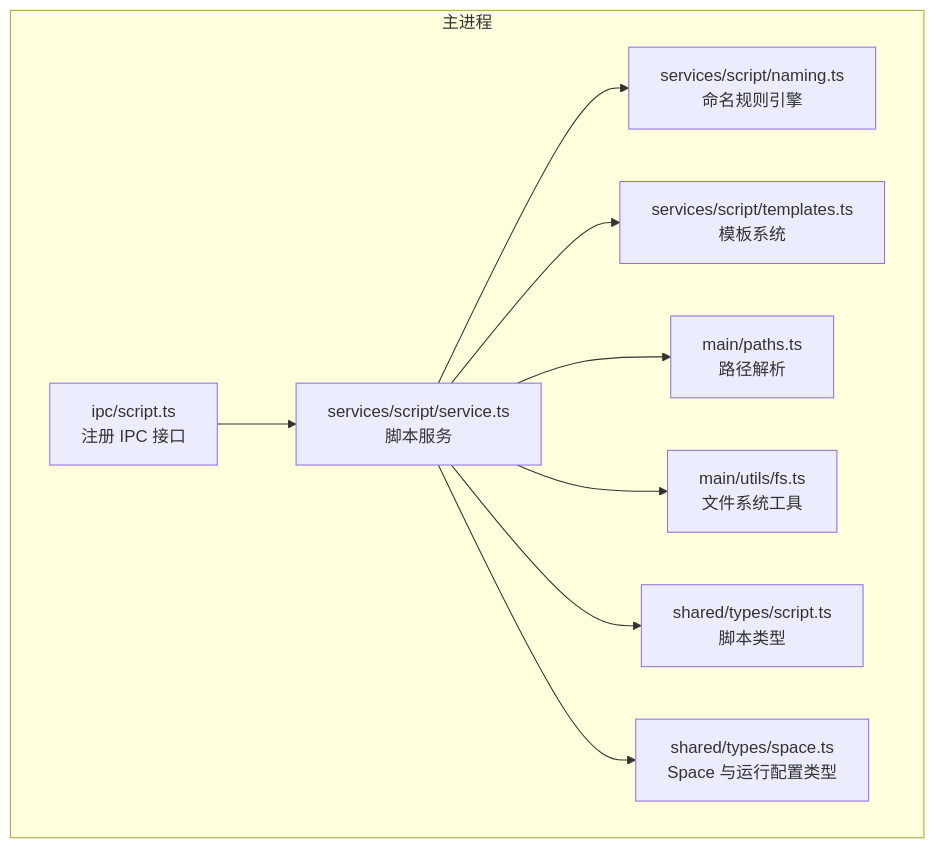
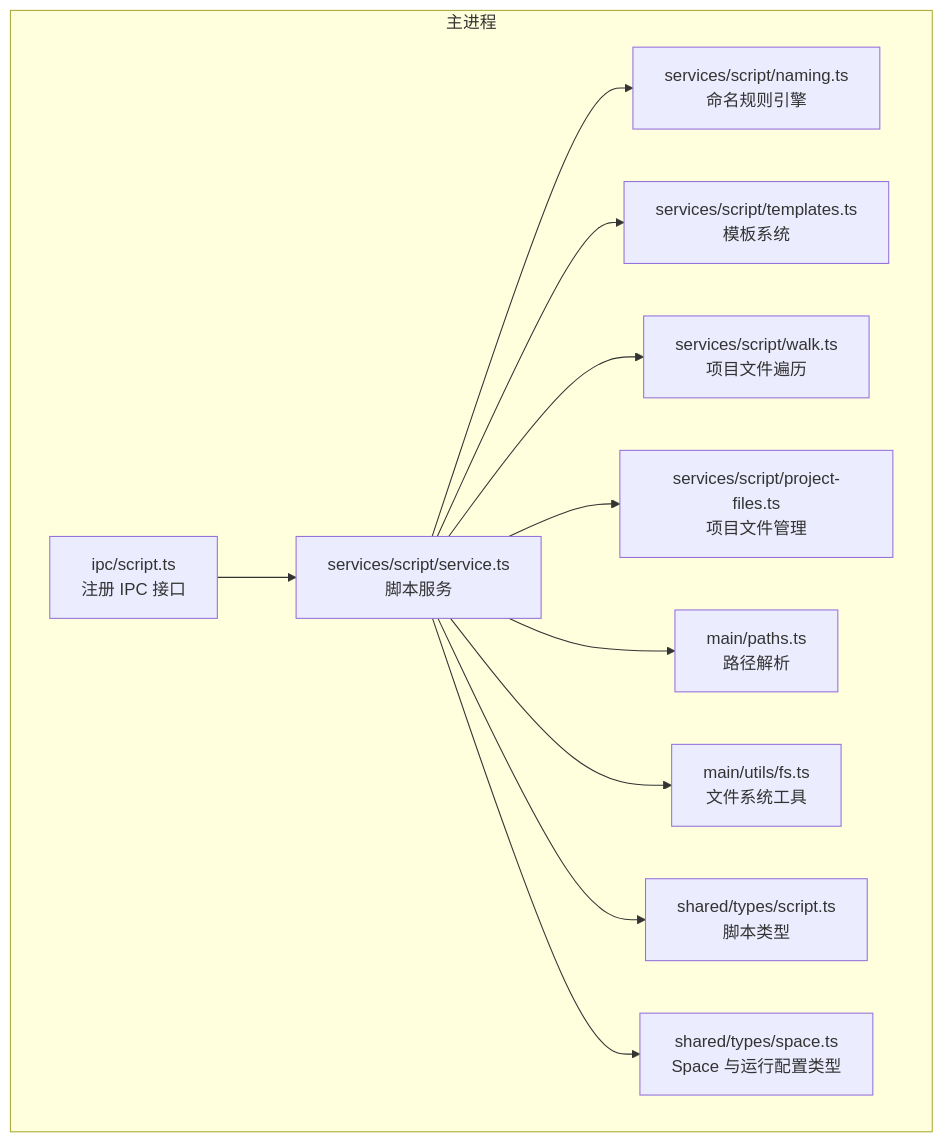
Before and after one commit to hozeeee/script-box: the first of 10 diagrams in .qoder/repowiki/zh/content/核心服务层/Script 服务（脚本管理）.md, drawn with Mermaid. The commit also changed other lines of this file and 76 other files, not shown here.

````diff
--- a/.qoder/repowiki/zh/content/核心服务层/Script 服务（脚本管理）.md
+++ b/.qoder/repowiki/zh/content/核心服务层/Script 服务（脚本管理）.md
@@ -45,12 +56,14 @@
 ```mermaid
 graph TB
 subgraph "主进程"
 A["ipc/script.ts<br/>注册 IPC 接口"] --> B["services/script/service.ts<br/>脚本服务"]
 B --> C["services/script/naming.ts<br/>命名规则引擎"]
 B --> D["services/script/templates.ts<br/>模板系统"]
-B --> E["main/paths.ts<br/>路径解析"]
-B --> F["main/utils/fs.ts<br/>文件系统工具"]
-B --> G["shared/types/script.ts<br/>脚本类型"]
-B --> H["shared/types/space.ts<br/>Space 与运行配置类型"]
+B --> E["services/script/walk.ts<br/>项目文件遍历"]
+B --> F["services/script/project-files.ts<br/>项目文件管理"]
+B --> G["main/paths.ts<br/>路径解析"]
+B --> H["main/utils/fs.ts<br/>文件系统工具"]
+B --> I["shared/types/script.ts<br/>脚本类型"]
+B --> J["shared/types/space.ts<br/>Space 与运行配置类型"]
 end
 ```
````
